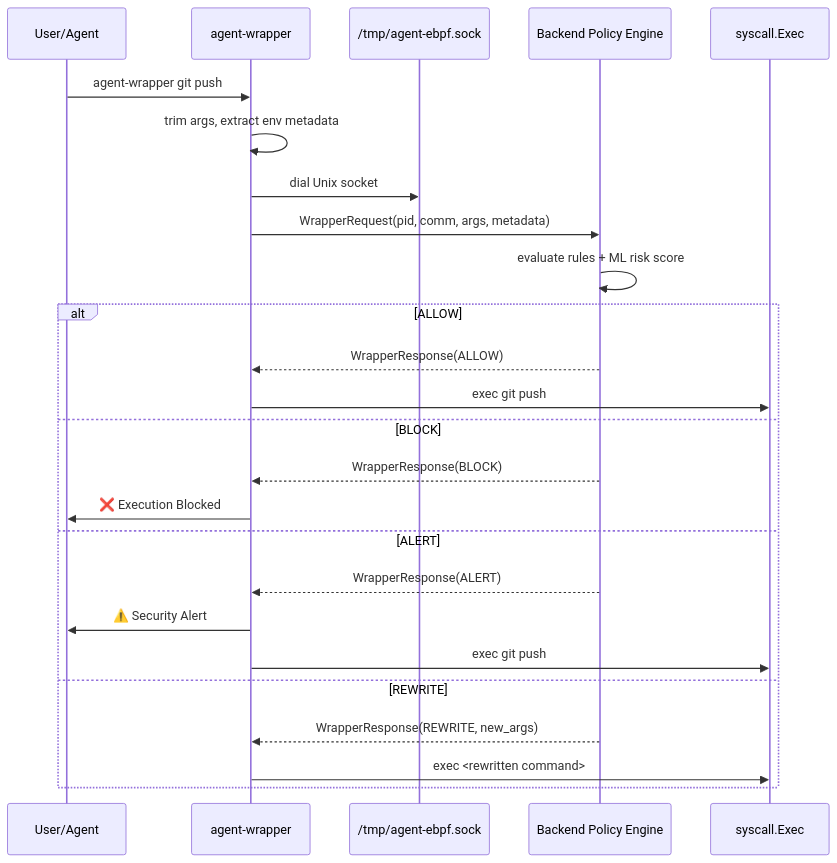
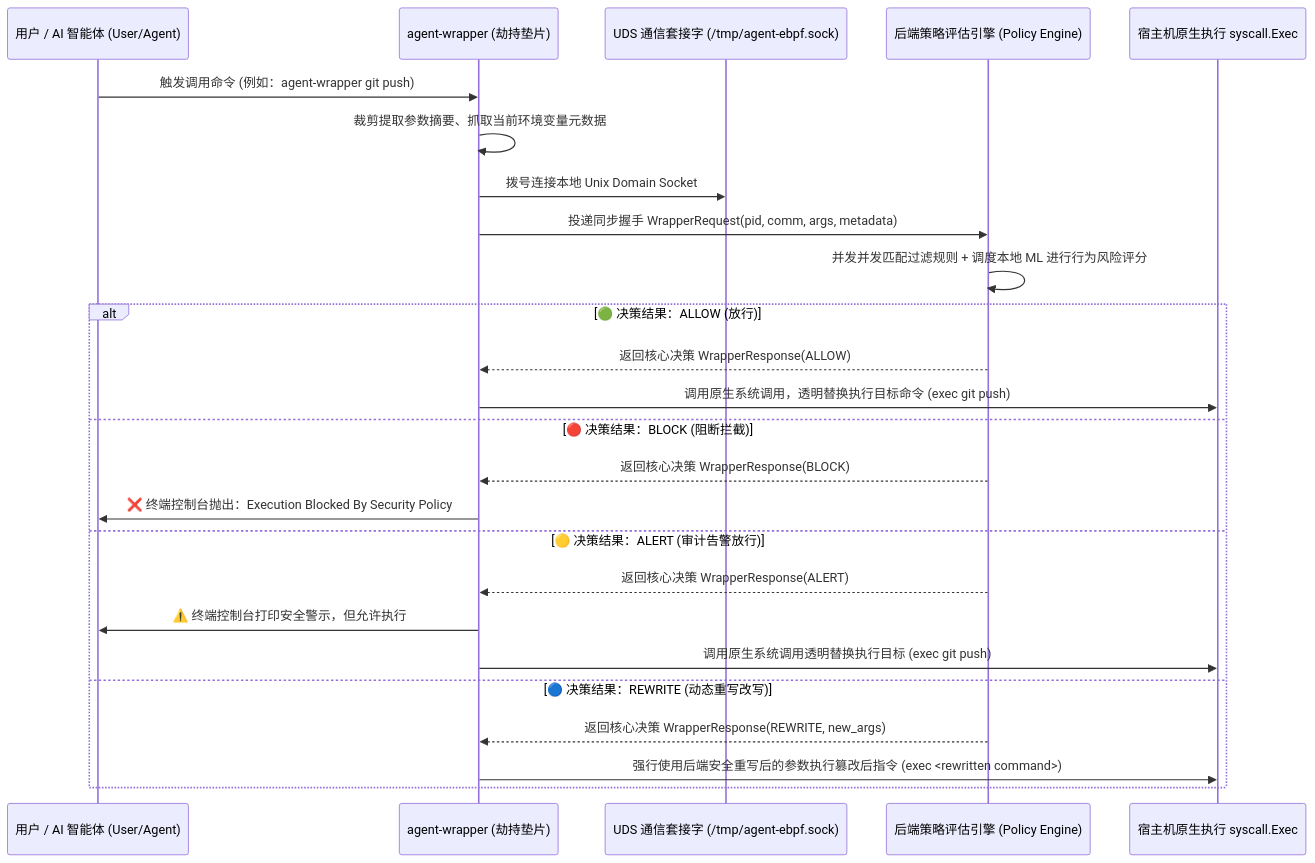
The second of 6 diagrams in docs/architecture/data-flow.md (stevessr/agent-ebpf-filter), drawn with Mermaid before and after one commit. The commit also changed other lines of this file and 3 other files, not shown here.

````diff
--- a/docs/architecture/data-flow.md
+++ b/docs/architecture/data-flow.md
@@ -85,29 +86,30 @@
 ```mermaid
 sequenceDiagram
-    participant User as User/Agent
-    participant Wrapper as agent-wrapper
-    participant UDS as /tmp/agent-ebpf.sock
-    participant Engine as Backend Policy Engine
-    participant Exec as syscall.Exec
-    
-    User->>Wrapper: agent-wrapper git push
-    Wrapper->>Wrapper: trim args, extract env metadata
-    Wrapper->>UDS: dial Unix socket
-    Wrapper->>Engine: WrapperRequest(pid, comm, args, metadata)
-    Engine->>Engine: evaluate rules + ML risk score
-    
-    alt ALLOW
-        Engine-->>Wrapper: WrapperResponse(ALLOW)
-        Wrapper->>Exec: exec git push
-    else BLOCK
-        Engine-->>Wrapper: WrapperResponse(BLOCK)
-        Wrapper->>User: ❌ Execution Blocked
-    else ALERT
-        Engine-->>Wrapper: WrapperResponse(ALERT)
-        Wrapper->>User: ⚠️ Security Alert
-        Wrapper->>Exec: exec git push
-    else REWRITE
-        Engine-->>Wrapper: WrapperResponse(REWRITE, new_args)
-        Wrapper->>Exec: exec <rewritten command>
+    participant User as 用户 / AI 智能体 (User/Agent)
+    participant Wrapper as agent-wrapper (劫持垫片)
+    participant UDS as UDS 通信套接字 (/tmp/agent-ebpf.sock)
+    participant Engine as 后端策略评估引擎 (Policy Engine)
+    participant Exec as 宿主机原生执行 syscall.Exec
+
+    User->>Wrapper: 触发调用命令 (例如：agent-wrapper git push)
+    Wrapper->>Wrapper: 裁剪提取参数摘要、抓取当前环境变量元数据
+    Wrapper->>UDS: 拨号连接本地 Unix Domain Socket
+    Wrapper->>Engine: 投递同步握手 WrapperRequest(pid, comm, args, metadata)
+    Engine->>Engine: 并发并发匹配过滤规则 + 调度本地 ML 进行行为风险评分
+
+    alt 🟢 决策结果：ALLOW (放行)
+        Engine-->>Wrapper: 返回核心决策 WrapperResponse(ALLOW)
+        Wrapper->>Exec: 调用原生系统调用，透明替换执行目标命令 (exec git push)
+    else 🔴 决策结果：BLOCK (阻断拦截)
+        Engine-->>Wrapper: 返回核心决策 WrapperResponse(BLOCK)
+        Wrapper->>User: ❌ 终端控制台抛出：Execution Blocked By Security Policy
+    else 🟡 决策结果：ALERT (审计告警放行)
+        Engine-->>Wrapper: 返回核心决策 WrapperResponse(ALERT)
+        Wrapper->>User: ⚠️ 终端控制台打印安全警示，但允许执行
+        Wrapper->>Exec: 调用原生系统调用透明替换执行目标 (exec git push)
+    else 🔵 决策结果：REWRITE (动态重写改写)
+        Engine-->>Wrapper: 返回核心决策 WrapperResponse(REWRITE, new_args)
+        Wrapper->>Exec: 强行使用后端安全重写后的参数执行篡改后指令 (exec <rewritten command>)
     end
+
 ```
````
